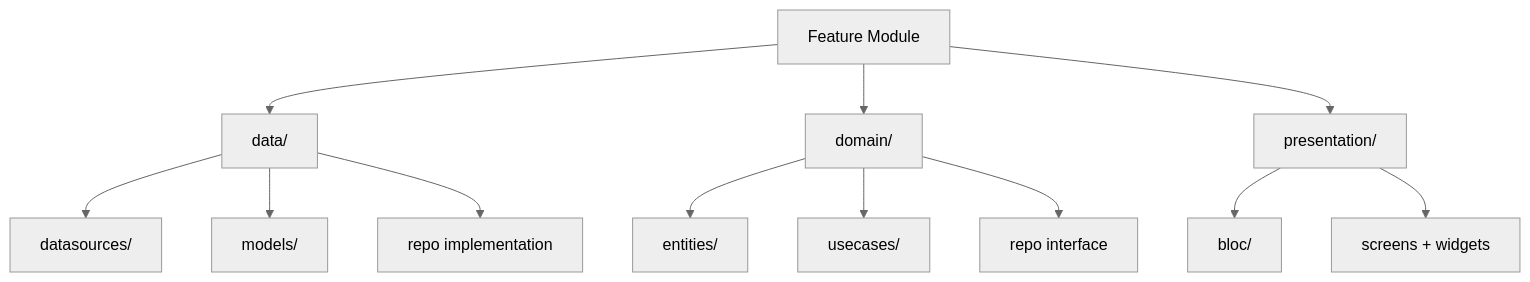
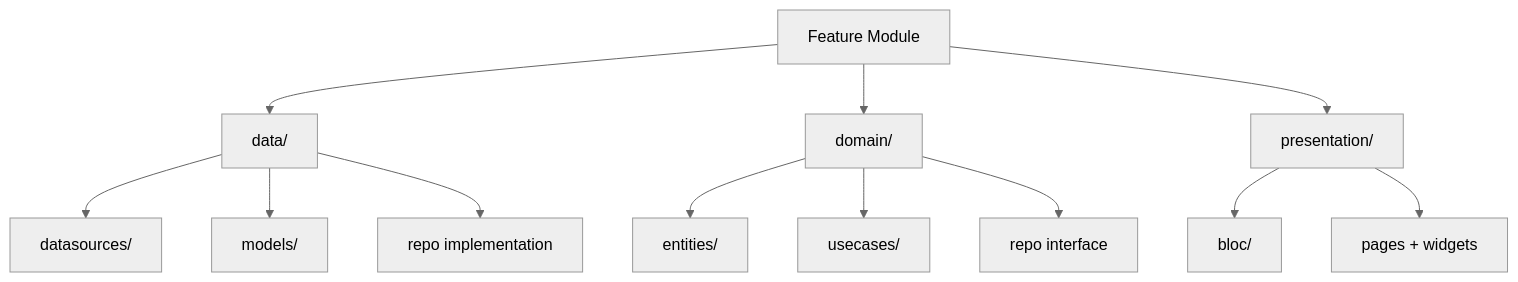
Before and after one commit to khoiln218/flutter_base: the second of 2 diagrams in README.md, drawn with Mermaid (neutral theme). The commit also changed other lines of this file and 8 other files, not shown here.

````diff
--- a/README.md
+++ b/README.md
@@ -76,17 +74,17 @@
 ```mermaid
 flowchart TD
     F[Feature Module] --> F_Data[data/]
     F --> F_Domain[domain/]
     F --> F_Presentation[presentation/]
 
     F_Data --> DS[datasources/]
     F_Data --> M[models/]
     F_Data --> R_Impl[repo implementation]
 
     F_Domain --> Ent[entities/]
     F_Domain --> UC[usecases/]
     F_Domain --> R_Interface[repo interface]
 
     F_Presentation --> Bloc[bloc/]
-    F_Presentation --> UI[screens + widgets]
+    F_Presentation --> UI[pages + widgets]
 ```
````
